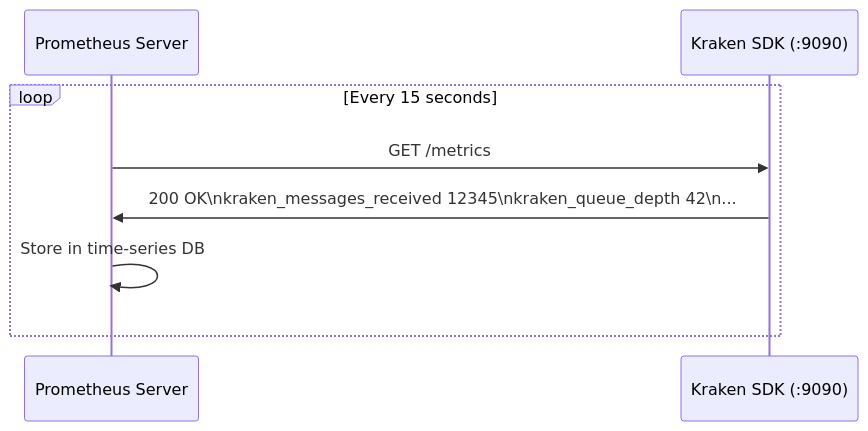
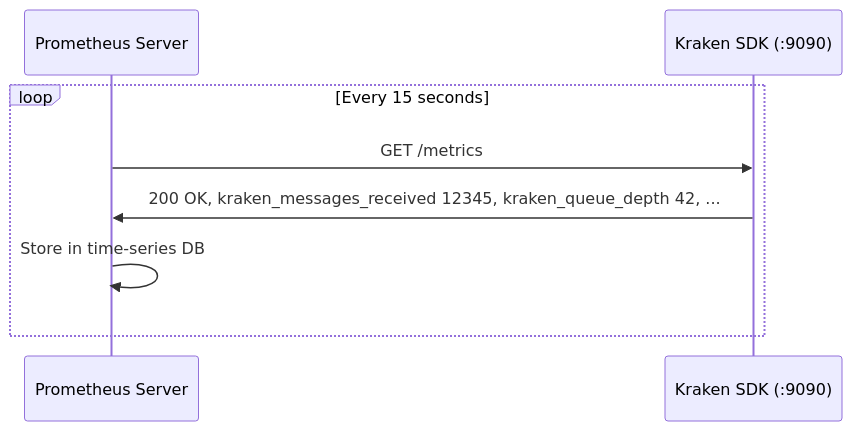
Before and after one commit to kgsahil/kraken-sdk: the third of 3 diagrams in learning/07_OBSERVABILITY.md, drawn with Mermaid. The commit also changed other lines of this file and 6 other files, not shown here.

First line of the commit message:
docs: review interview guide for SDK accuracy, fix Mermaid diagrams

````diff
--- a/learning/07_OBSERVABILITY.md
+++ b/learning/07_OBSERVABILITY.md
@@ -235,11 +235,11 @@
 ```mermaid
 sequenceDiagram
     participant Prom as Prometheus Server
     participant SDK as Kraken SDK (:9090)
 
     loop Every 15 seconds
         Prom->>SDK: GET /metrics
-        SDK->>Prom: 200 OK\nkraken_messages_received 12345\nkraken_queue_depth 42\n...
+        SDK->>Prom: 200 OK, kraken_messages_received 12345, kraken_queue_depth 42, ...
         Prom->>Prom: Store in time-series DB
     end
 ```
````
